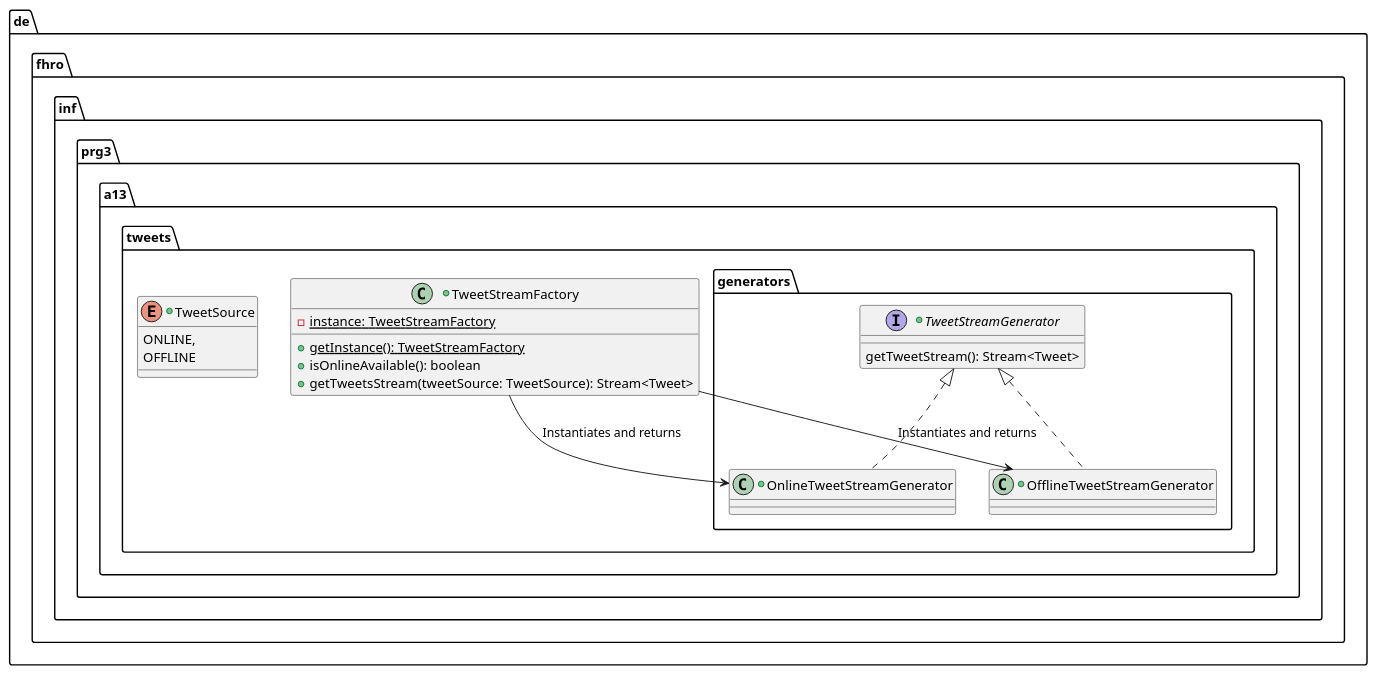
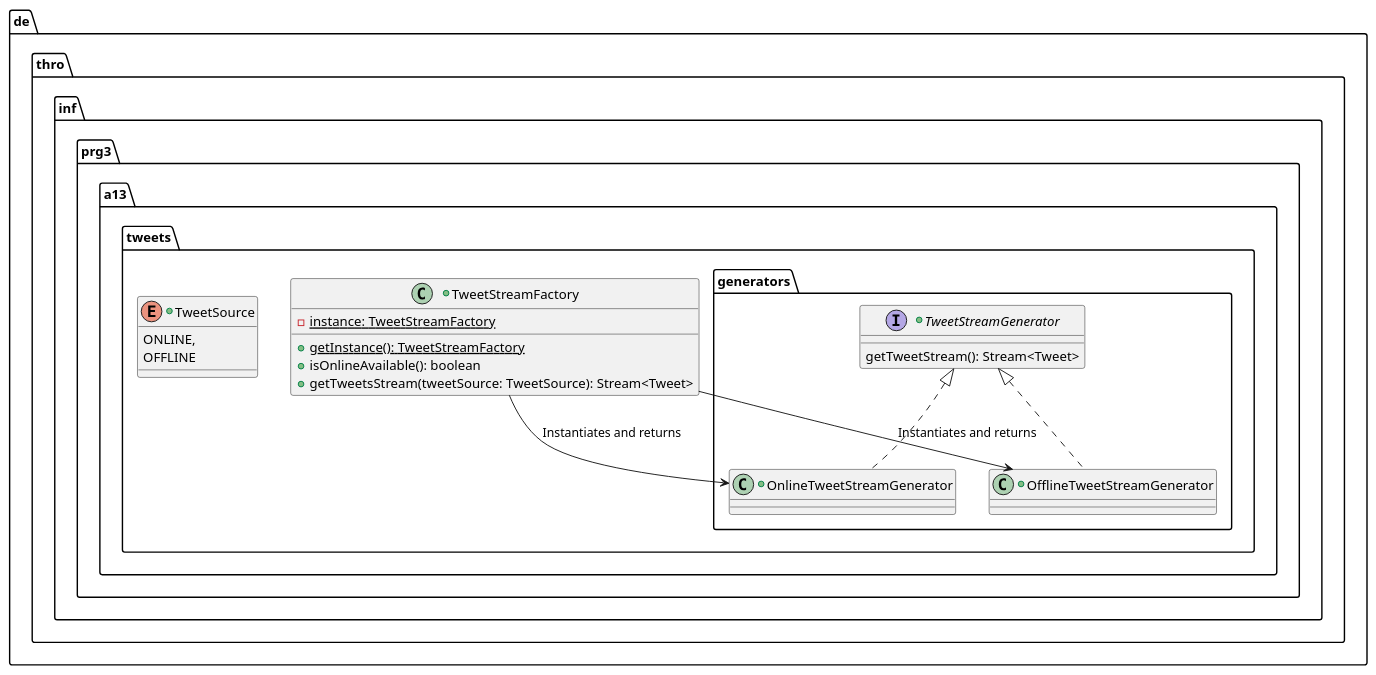
One commit to studlinnth6233/13-map-reduce-collect changed the diagram in assets/uml/generator-spec.plantuml. Above: the diagram before and after it, drawn with PlantUML. The commit also changed 4 other files, not shown here.

Commit message:
Updated FHRO strings to THRO

```diff
--- a/assets/uml/generator-spec.plantuml
+++ b/assets/uml/generator-spec.plantuml
@@ -1,35 +1,35 @@
 @startuml GeneratorSpec
 
-package de.fhro.inf.prg3.a13.tweets {
+package de.thro.inf.prg3.a13.tweets {
 
         +class TweetStreamFactory {
                 -{static}instance: TweetStreamFactory
                 +{static}getInstance(): TweetStreamFactory
                 +isOnlineAvailable(): boolean
                 +getTweetsStream(tweetSource: TweetSource): Stream<Tweet>
         }
 
         +enum TweetSource {
                 ONLINE,
                 OFFLINE
         }
 
         package generators {
                 +interface TweetStreamGenerator {
                         getTweetStream(): Stream<Tweet>
                 }
 
                 +class OnlineTweetStreamGenerator implements TweetStreamGenerator {
 
                 }
 
                 +class OfflineTweetStreamGenerator implements TweetStreamGenerator {
 
                 }
         }
 
         TweetStreamFactory --> OnlineTweetStreamGenerator: Instantiates and returns
         TweetStreamFactory --> OfflineTweetStreamGenerator: Instantiates and returns
 }
 
 @enduml
```
